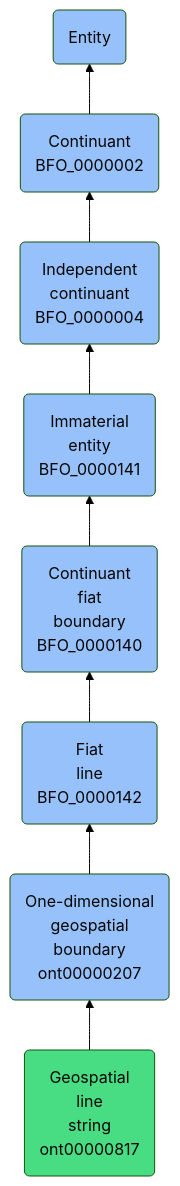
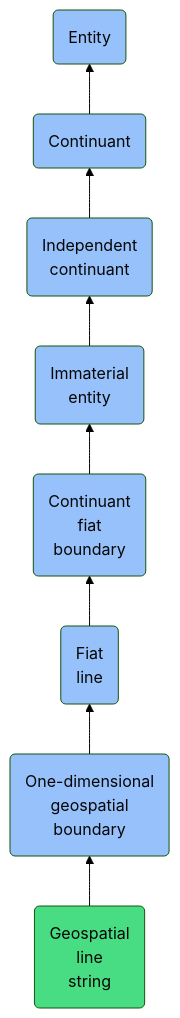
The diagram in docs/ontology/reference/model/Entity/Continuant/Independent continuant/Immaterial entity/Continuant fiat boundary/Fiat line/One-dimensional geospatial boundary/Geospatial line string/Geospatial line string.md (jupyter-naas/abi), drawn with Mermaid (forest theme) before and after one commit. The commit also changed other lines of this file and 1430 other files, not shown here.

````diff
--- a/docs/ontology/reference/model/Entity/Continuant/Independent continuant/Immaterial entity/Continuant fiat boundary/Fiat line/One-dimensional geospatial boundary/Geospatial line string/Geospatial line string.md
+++ b/docs/ontology/reference/model/Entity/Continuant/Independent continuant/Immaterial entity/Continuant fiat boundary/Fiat line/One-dimensional geospatial boundary/Geospatial line string/Geospatial line string.md
@@ -24,15 +24,15 @@
 ```mermaid
 graph BT
-    ont00000817(Geospatial<br>line<br>string<br>ont00000817):::ABI-->ont00000207
-    ont00000207(One-dimensional<br>geospatial<br>boundary<br>ont00000207):::BFO-->BFO_0000142
-    BFO_0000142(Fiat<br>line<br>BFO_0000142):::BFO-->BFO_0000140
-    BFO_0000140(Continuant<br>fiat<br>boundary<br>BFO_0000140):::BFO-->BFO_0000141
-    BFO_0000141(Immaterial<br>entity<br>BFO_0000141):::BFO-->BFO_0000004
-    BFO_0000004(Independent<br>continuant<br>BFO_0000004):::BFO-->BFO_0000002
-    BFO_0000002(Continuant<br>BFO_0000002):::BFO-->BFO_0000001
+    ont00000817(Geospatial<br>line<br>string):::ABI-->ont00000207
+    ont00000207(One-dimensional<br>geospatial<br>boundary):::BFO-->BFO_0000142
+    BFO_0000142(Fiat<br>line):::BFO-->BFO_0000140
+    BFO_0000140(Continuant<br>fiat<br>boundary):::BFO-->BFO_0000141
+    BFO_0000141(Immaterial<br>entity):::BFO-->BFO_0000004
+    BFO_0000004(Independent<br>continuant):::BFO-->BFO_0000002
+    BFO_0000002(Continuant):::BFO-->BFO_0000001
     BFO_0000001(Entity):::BFO
     
     classDef BFO fill:#97c1fb,color:#060606
     classDef CCO fill:#e4c51e,color:#060606
     classDef ABI fill:#48DD82,color:#060606
 ```
````
